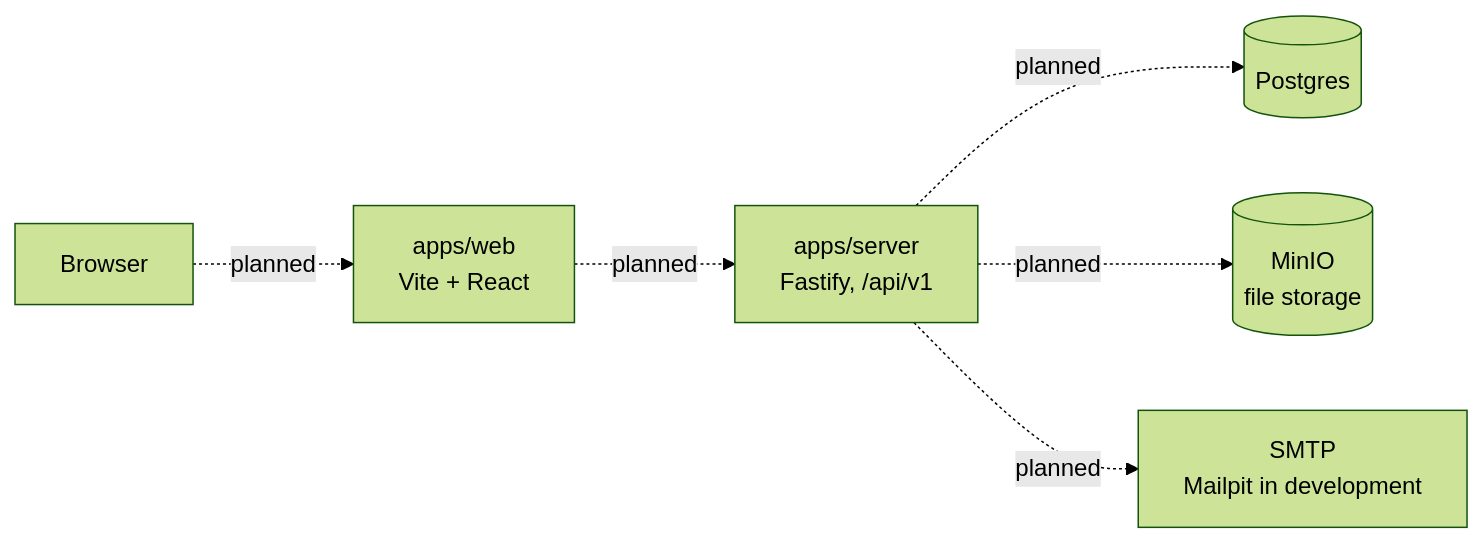
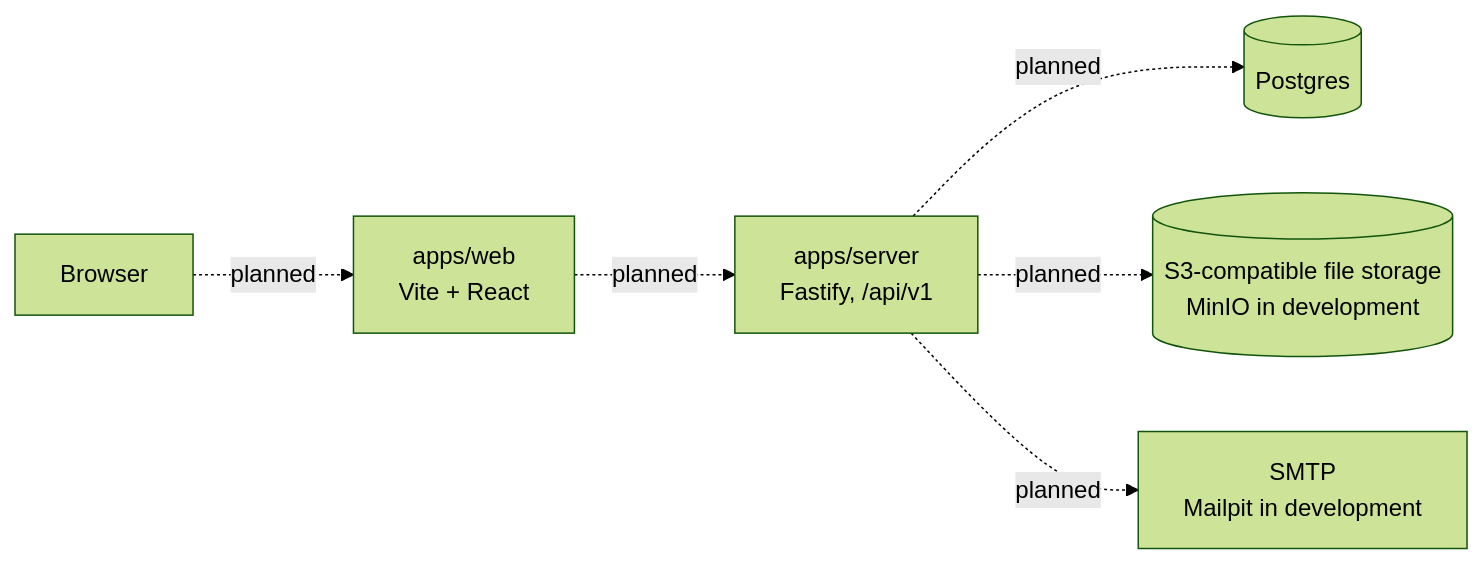
The diagram in README.md (thanhtruong-agilityio/toki), drawn with Mermaid (forest theme) before and after one commit. The commit also changed other lines of this file, not shown here.

````diff
--- a/README.md
+++ b/README.md
@@ -20,8 +20,8 @@
 ```mermaid
 flowchart LR
   browser[Browser] -.planned.-> web[apps/web<br/>Vite + React]
   web -.planned.-> server[apps/server<br/>Fastify, /api/v1]
   server -.planned.-> pg[(Postgres)]
-  server -.planned.-> files[(MinIO<br/>file storage)]
+  server -.planned.-> files[(S3-compatible file storage<br/>MinIO in development)]
   server -.planned.-> mail[SMTP<br/>Mailpit in development]
 ```
````
